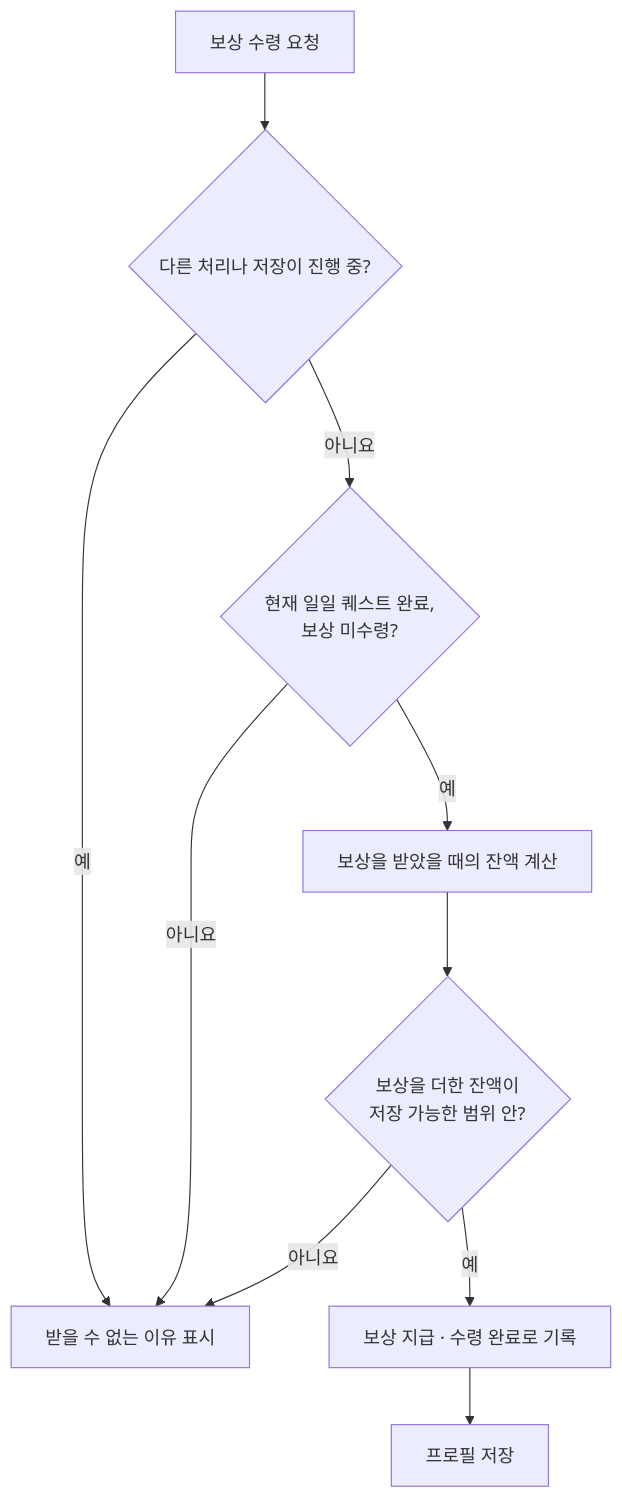
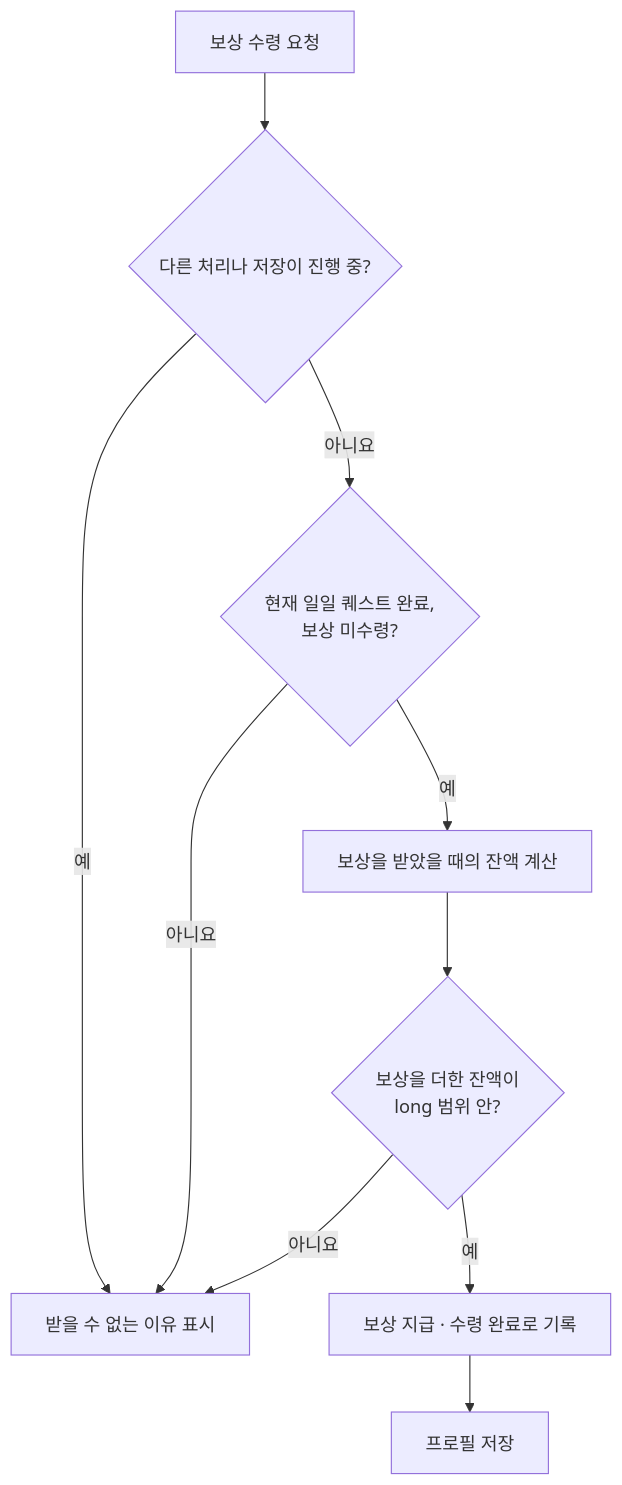
One commit to limrum09/GroupATeamProject-Portfolio changed the second of 2 diagrams in README.md. Above: the diagram before and after it, drawn with Mermaid. The commit also changed other lines of this file and 37 other files, not shown here.

````diff
--- a/README.md
+++ b/README.md
@@ -86,12 +115,12 @@
 ```mermaid
 flowchart TD
     A["보상 수령 요청"] --> P{"다른 처리나 저장이 진행 중?"}
     P -->|예| C["받을 수 없는 이유 표시"]
     P -->|아니요| B{"현재 일일 퀘스트 완료,<br/>보상 미수령?"}
     B -->|아니요| C
     B -->|예| D["보상을 받았을 때의 잔액 계산"]
-    D --> E{"보상을 더한 잔액이<br/>저장 가능한 범위 안?"}
+    D --> E{"보상을 더한 잔액이<br/>long 범위 안?"}
     E -->|아니요| C
     E -->|예| F["보상 지급 · 수령 완료로 기록"]
     F --> G["프로필 저장"]
 ```
````
